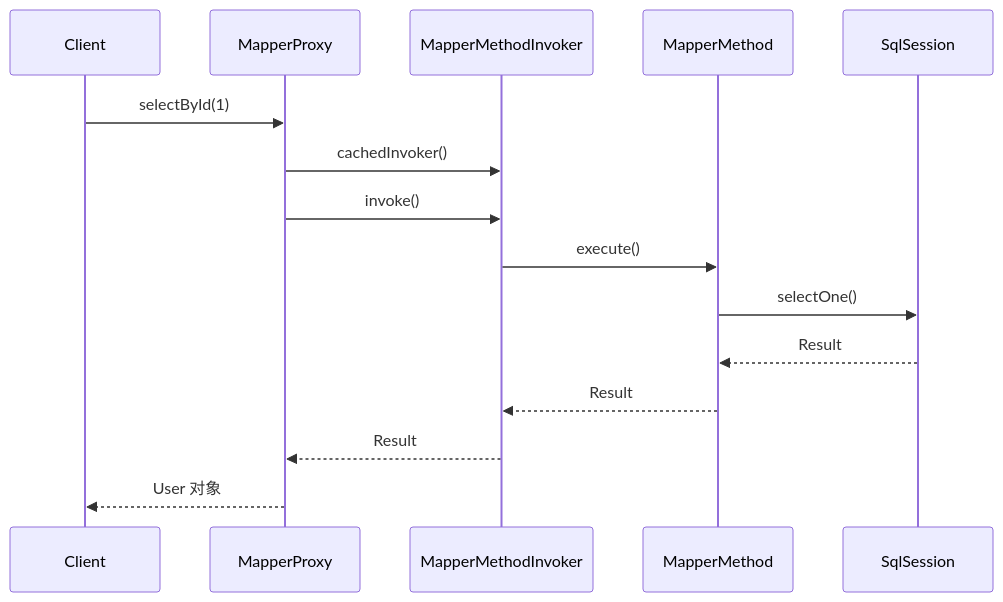
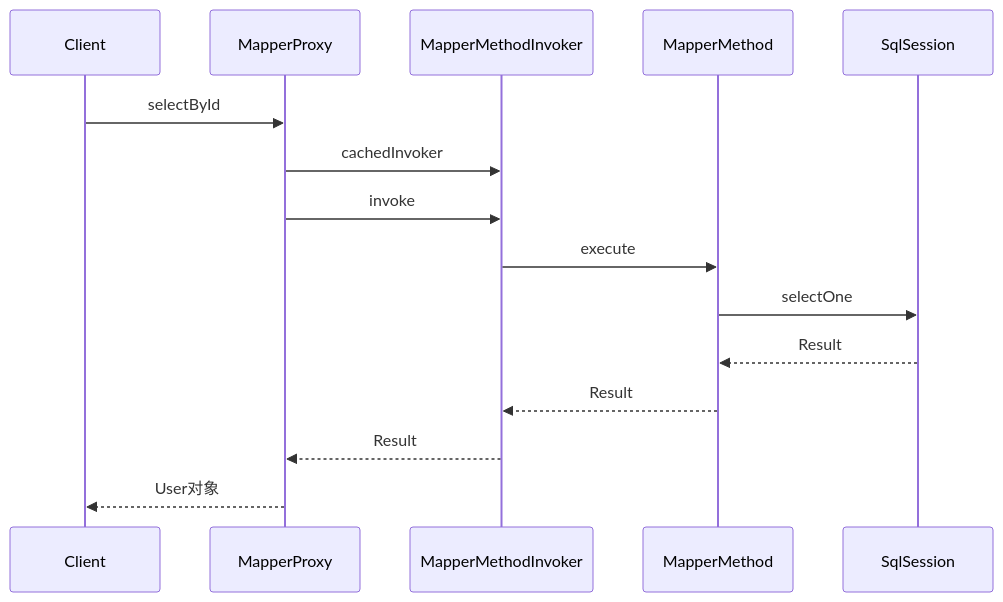
The third of 3 diagrams in mybatis-source/docs/03-Mapper代理机制/01-Mapper代理机制.md (shenmuegit/shenmuegit.github.io), drawn with Mermaid before and after one commit.

Commit message:
Refactor sequence diagram in MyBatis documentation to improve clarity by removing unnecessary parameters and ensuring consistent formatting of method calls.

````diff
--- a/mybatis-source/docs/03-Mapper代理机制/01-Mapper代理机制.md
+++ b/mybatis-source/docs/03-Mapper代理机制/01-Mapper代理机制.md
@@ -126,18 +126,18 @@
 ```mermaid
 sequenceDiagram
     participant C as Client
     participant MP as MapperProxy
     participant MMI as MapperMethodInvoker
     participant MM as MapperMethod
     participant SS as SqlSession
 
-    C->>MP: selectById(1)
-    MP->>MMI: cachedInvoker()
-    MP->>MMI: invoke()
-    MMI->>MM: execute()
-    MM->>SS: selectOne()
+    C->>MP: selectById
+    MP->>MMI: cachedInvoker
+    MP->>MMI: invoke
+    MMI->>MM: execute
+    MM->>SS: selectOne
     SS-->>MM: Result
     MM-->>MMI: Result
     MMI-->>MP: Result
-    MP-->>C: User 对象
+    MP-->>C: User对象
 ```
````
